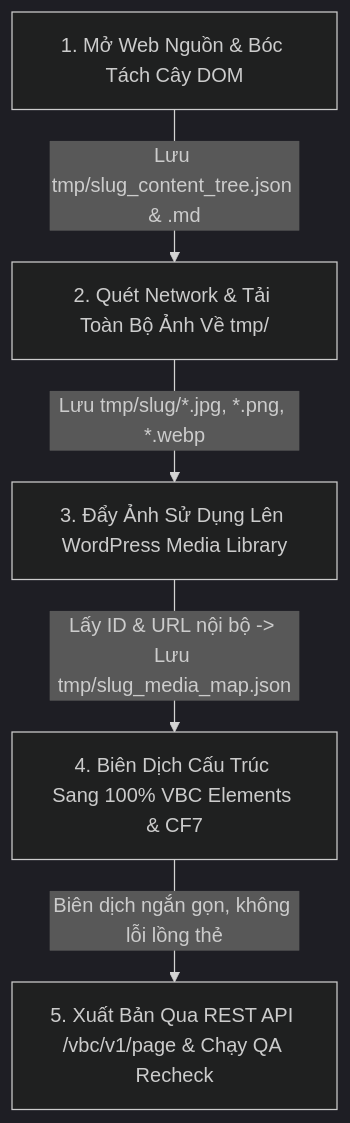
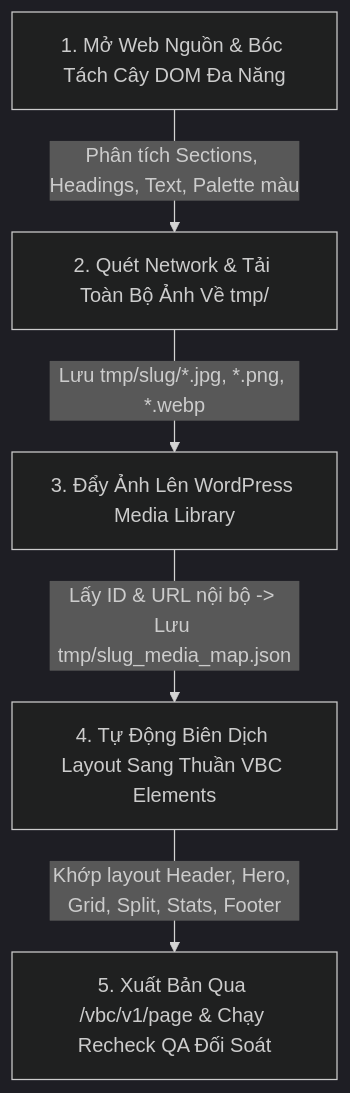
Before and after one commit to tuend-work/ultimate-flatsome-vibecode: the diagram in ultimate-flatsome-vibecode/skills/clone-landingpage.md, drawn with Mermaid (dark theme). The commit also changed other lines of this file and 4 other files, not shown here.

Commit message:
[refactor]: eliminate all hardcoded content from clone landing page skill, making it 100% universal and generic for any website

````diff
--- a/ultimate-flatsome-vibecode/skills/clone-landingpage.md
+++ b/ultimate-flatsome-vibecode/skills/clone-landingpage.md
@@ -12,7 +16,7 @@
 ```mermaid
 graph TD
-    A[1. Mở Web Nguồn & Bóc Tách Cây DOM] -->|Lưu tmp/slug_content_tree.json & .md| B[2. Quét Network & Tải Toàn Bộ Ảnh Về tmp/]
-    B -->|Lưu tmp/slug/*.jpg, *.png, *.webp| C[3. Đẩy Ảnh Sử Dụng Lên WordPress Media Library]
-    C -->|Lấy ID & URL nội bộ -> Lưu tmp/slug_media_map.json| D[4. Biên Dịch Cấu Trúc Sang 100% VBC Elements & CF7]
-    D -->|Biên dịch ngắn gọn, không lỗi lồng thẻ| E[5. Xuất Bản Qua REST API /vbc/v1/page & Chạy QA Recheck]
+    A[1. Mở Web Nguồn & Bóc Tách Cây DOM Đa Năng] -->|Phân tích Sections, Headings, Text, Palette màu| B[2. Quét Network & Tải Toàn Bộ Ảnh Về tmp/]
+    B -->|Lưu tmp/slug/*.jpg, *.png, *.webp| C[3. Đẩy Ảnh Lên WordPress Media Library]
+    C -->|Lấy ID & URL nội bộ -> Lưu tmp/slug_media_map.json| D[4. Tự Động Biên Dịch Layout Sang Thuần VBC Elements]
+    D -->|Khớp layout Header, Hero, Grid, Split, Stats, Footer| E[5. Xuất Bản Qua /vbc/v1/page & Chạy Recheck QA Đối Soát]
 ```
````
